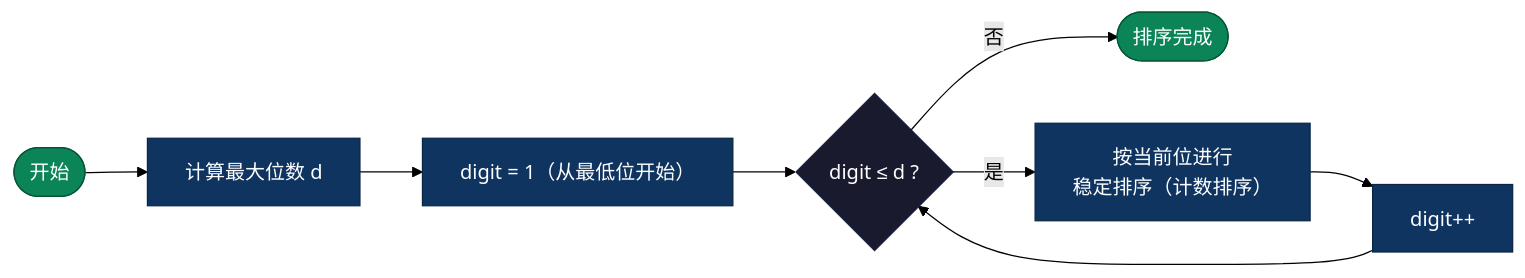
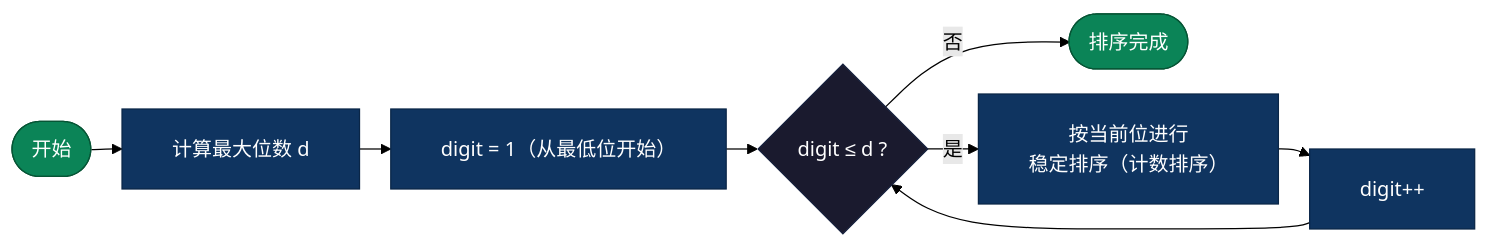
Before and after one commit to microwind/algorithms: diagram 13 of 17 in sorting/README.md, drawn with Mermaid (forest theme). The commit also changed other lines of this file and 3 other files, not shown here.

````diff
--- a/sorting/README.md
+++ b/sorting/README.md
@@ -452,18 +465,19 @@
 ```mermaid
+%%{init: {'flowchart': {'nodeSpacing': 20, 'rankSpacing': 25, 'padding': 20}}}%%
 graph LR
     S(["开始"]) --> MAXD["计算最大位数 d"]
     MAXD --> DINIT["digit = 1（从最低位开始）"]
     DINIT --> DCHK{"digit ≤ d ?"}
     DCHK -->|"否"| END(["排序完成"])
     DCHK -->|"是"| STABLE["按当前位进行<br/>稳定排序（计数排序）"]
     STABLE --> NEXT["digit++"]
     NEXT --> DCHK
 
     classDef start fill:#0b8457,color:#fff,stroke:#065535
     classDef decision fill:#1a1a2e,color:#fff,stroke:#16213e
     classDef process fill:#0f3460,color:#fff,stroke:#0a2647
 
     class S,END start
     class DCHK decision
     class MAXD,DINIT,STABLE,NEXT process
 ```
````
